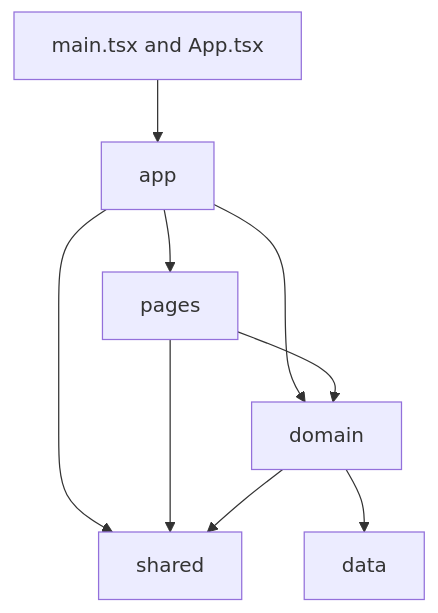
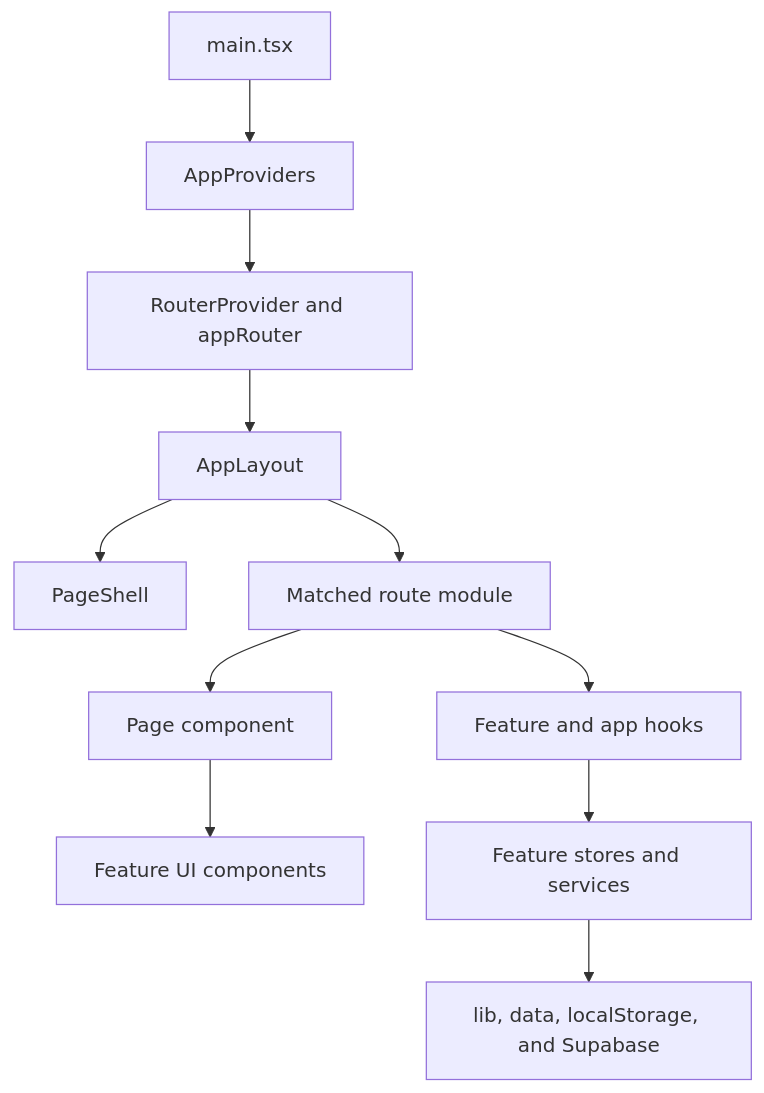
Before and after one commit to eirikenriquez/The-Word-per-Minute: the second of 4 diagrams in docs/architecture.md, drawn with Mermaid. The commit also changed other lines of this file and 2 other files, not shown here.

Commit message:
Update architecture documentation

````diff
--- a/docs/architecture.md
+++ b/docs/architecture.md
@@ -97,11 +57,13 @@
 ```mermaid
 flowchart TD
-  entry["main.tsx and App.tsx"] --> app["app"]
-  app --> pages["pages"]
-  app --> domain["domain"]
-  app --> shared["shared"]
-  pages --> domain
-  pages --> shared
-  domain --> shared
-  domain --> data["data"]
+  main["main.tsx"] --> providers["AppProviders"]
+  providers --> router["RouterProvider and appRouter"]
+  router --> layout["AppLayout"]
+  layout --> shell["PageShell"]
+  layout --> route["Matched route module"]
+  route --> hooks["Feature and app hooks"]
+  route --> page["Page component"]
+  page --> featureUI["Feature UI components"]
+  hooks --> stores["Feature stores and services"]
+  stores --> foundations["lib, data, localStorage, and Supabase"]
 ```
````
